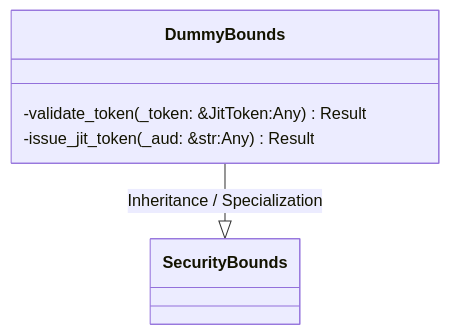
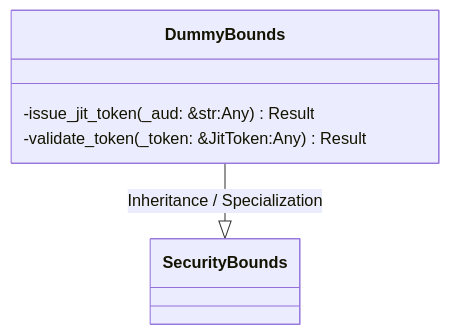
The first of 2 diagrams in openwiki/crates_factory-core_tests_security_tests_rs.md (lgcorzo/rust_CACD_autonomous_factory), drawn with Mermaid before and after one commit. The commit also changed other lines of this file and 76 other files, not shown here.

````diff
--- a/openwiki/crates_factory-core_tests_security_tests_rs.md
+++ b/openwiki/crates_factory-core_tests_security_tests_rs.md
@@ -76,10 +76,10 @@
 ```mermaid
 classDiagram
     direction BT
     class DummyBounds {
+        -issue_jit_token(_aud: &str:Any) Result<JitToken>
         -validate_token(_token: &JitToken:Any) Result<bool>
-        -issue_jit_token(_aud: &str:Any) Result<JitToken>
     }
     SecurityBounds <|-- DummyBounds : Inheritance / Specialization
 
 ```
````
